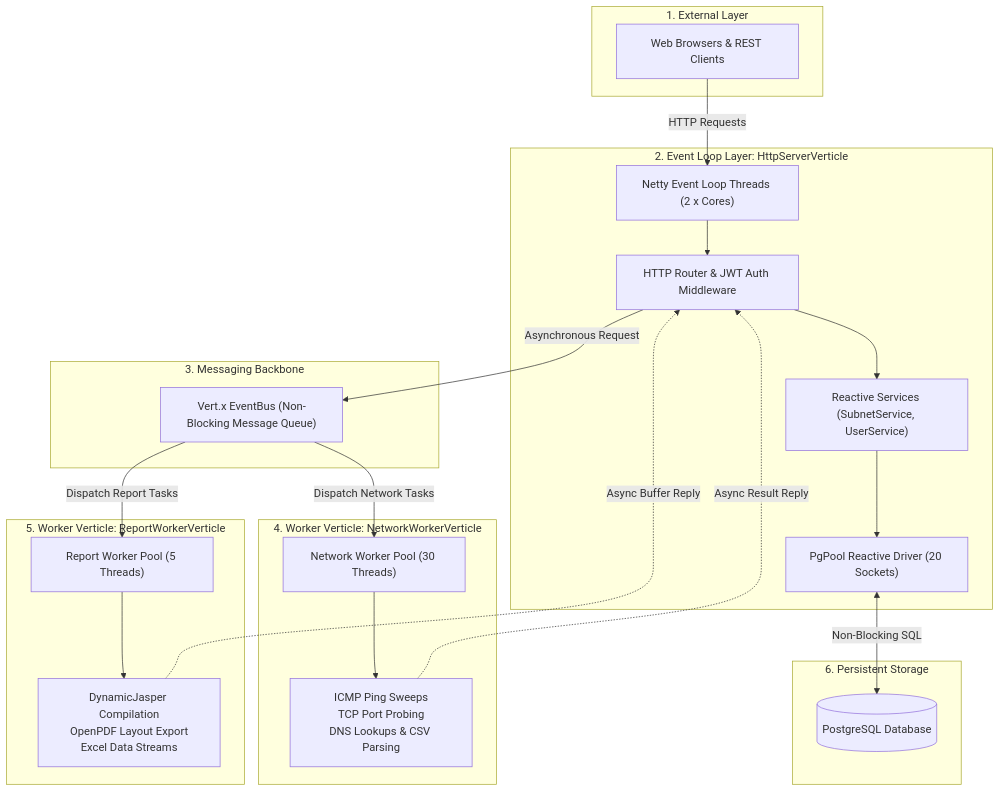
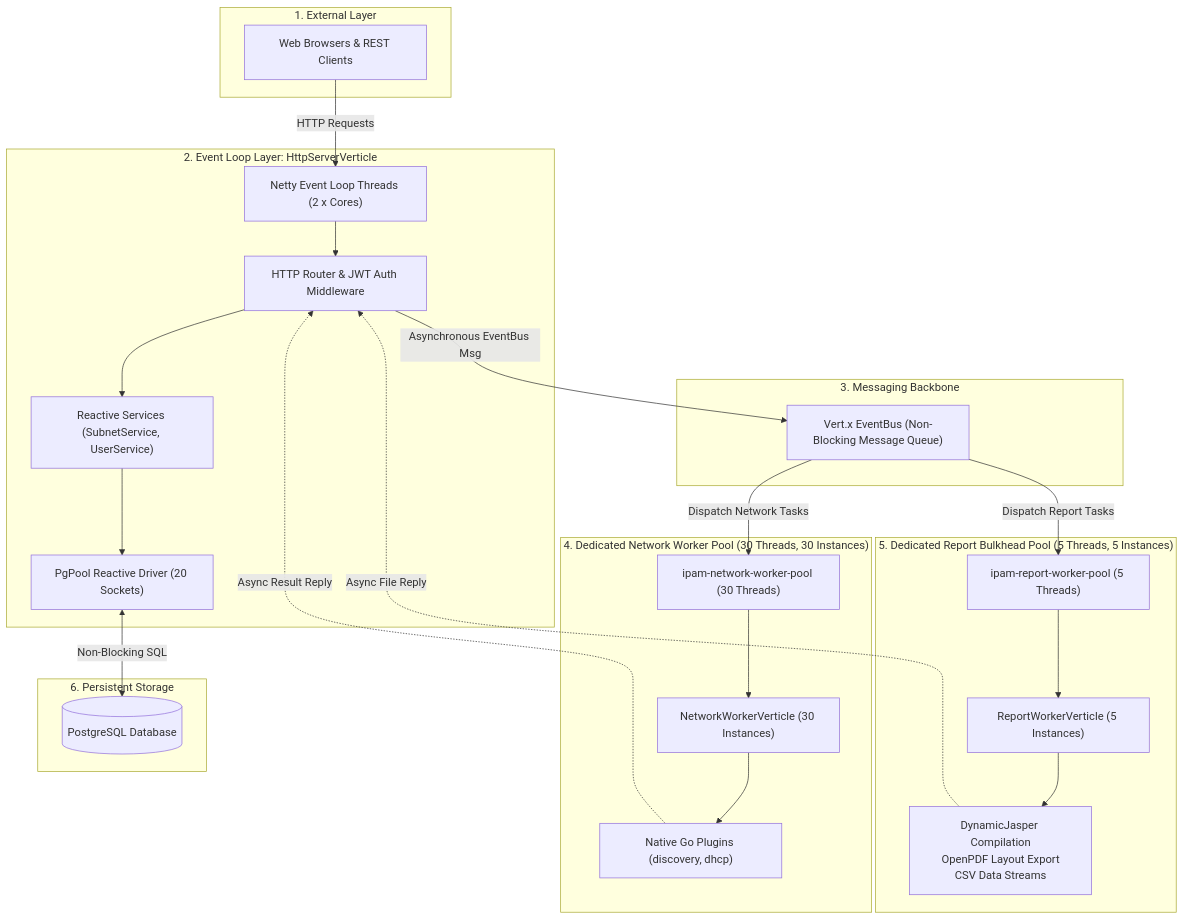
One commit to Purvish1452/IPAM_System changed the diagram in README.md. Above: the diagram before and after it, drawn with Mermaid. The commit also changed other lines of this file, not shown here.

Commit message:
docs: update README with modular package structure and dedicated worker pool details

````diff
--- a/README.md
+++ b/README.md
@@ -76,46 +77,50 @@
 ```mermaid
 flowchart TD
     subgraph Clients["1. External Layer"]
         C["Web Browsers & REST Clients"]
     end
 
     subgraph EventLoopLayer["2. Event Loop Layer: HttpServerVerticle"]
         EL["Netty Event Loop Threads (2 x Cores)"]
         Router["HTTP Router & JWT Auth Middleware"]
         Services["Reactive Services (SubnetService, UserService)"]
         PgDriver["PgPool Reactive Driver (20 Sockets)"]
     end
 
     subgraph EventBusLayer["3. Messaging Backbone"]
         EB["Vert.x EventBus (Non-Blocking Message Queue)"]
     end
 
-    subgraph NetworkWorker["4. Worker Verticle: NetworkWorkerVerticle"]
-        NetPool["Network Worker Pool (30 Threads)"]
-        NetTasks["ICMP Ping Sweeps<br/>TCP Port Probing<br/>DNS Lookups & CSV Parsing"]
+    subgraph NetworkWorker["4. Dedicated Network Worker Pool (30 Threads, 30 Instances)"]
+        NetPool["ipam-network-worker-pool (30 Threads)"]
+        NetInstances["NetworkWorkerVerticle (30 Instances)"]
+        GoIPC["Native Go Plugins (discovery, dhcp)"]
     end
 
-    subgraph ReportWorker["5. Worker Verticle: ReportWorkerVerticle"]
-        RepPool["Report Worker Pool (5 Threads)"]
-        RepTasks["DynamicJasper Compilation<br/>OpenPDF Layout Export<br/>Excel Data Streams"]
+    subgraph ReportWorker["5. Dedicated Report Bulkhead Pool (5 Threads, 5 Instances)"]
+        RepPool["ipam-report-worker-pool (5 Threads)"]
+        RepInstances["ReportWorkerVerticle (5 Instances)"]
+        RepTasks["DynamicJasper Compilation<br/>OpenPDF Layout Export<br/>CSV Data Streams"]
     end
 
     subgraph DatabaseLayer["6. Persistent Storage"]
         DB[("PostgreSQL Database")]
     end
 
     C -->|"HTTP Requests"| EL
     EL --> Router
     Router --> Services
     Services --> PgDriver
     PgDriver <-->|"Non-Blocking SQL"| DB
 
-    Router -->|"Asynchronous Request"| EB
+    Router -->|"Asynchronous EventBus Msg"| EB
     EB -->|"Dispatch Network Tasks"| NetPool
-    NetPool --> NetTasks
-    NetTasks -.->|"Async Result Reply"| Router
+    NetPool --> NetInstances
+    NetInstances --> GoIPC
+    GoIPC -.->|"Async Result Reply"| Router
 
     EB -->|"Dispatch Report Tasks"| RepPool
-    RepPool --> RepTasks
-    RepTasks -.->|"Async Buffer Reply"| Router
+    RepPool --> RepInstances
+    RepInstances --> RepTasks
+    RepTasks -.->|"Async File Reply"| Router
 ```
````
